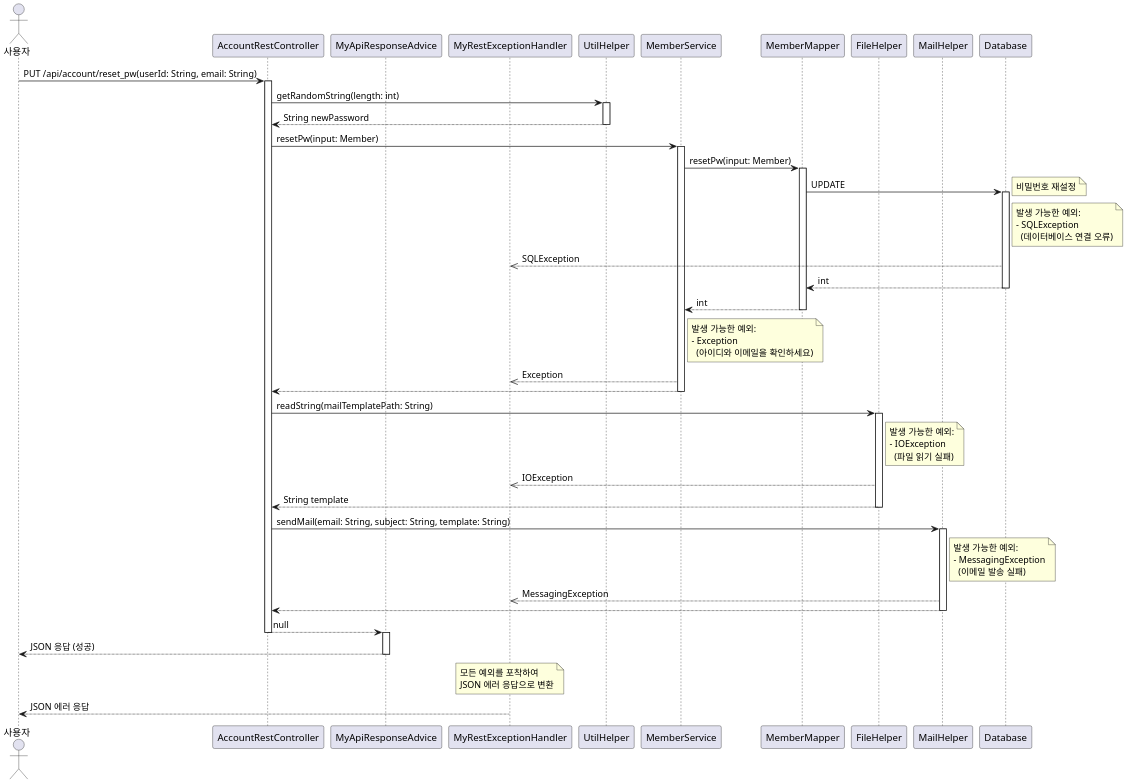
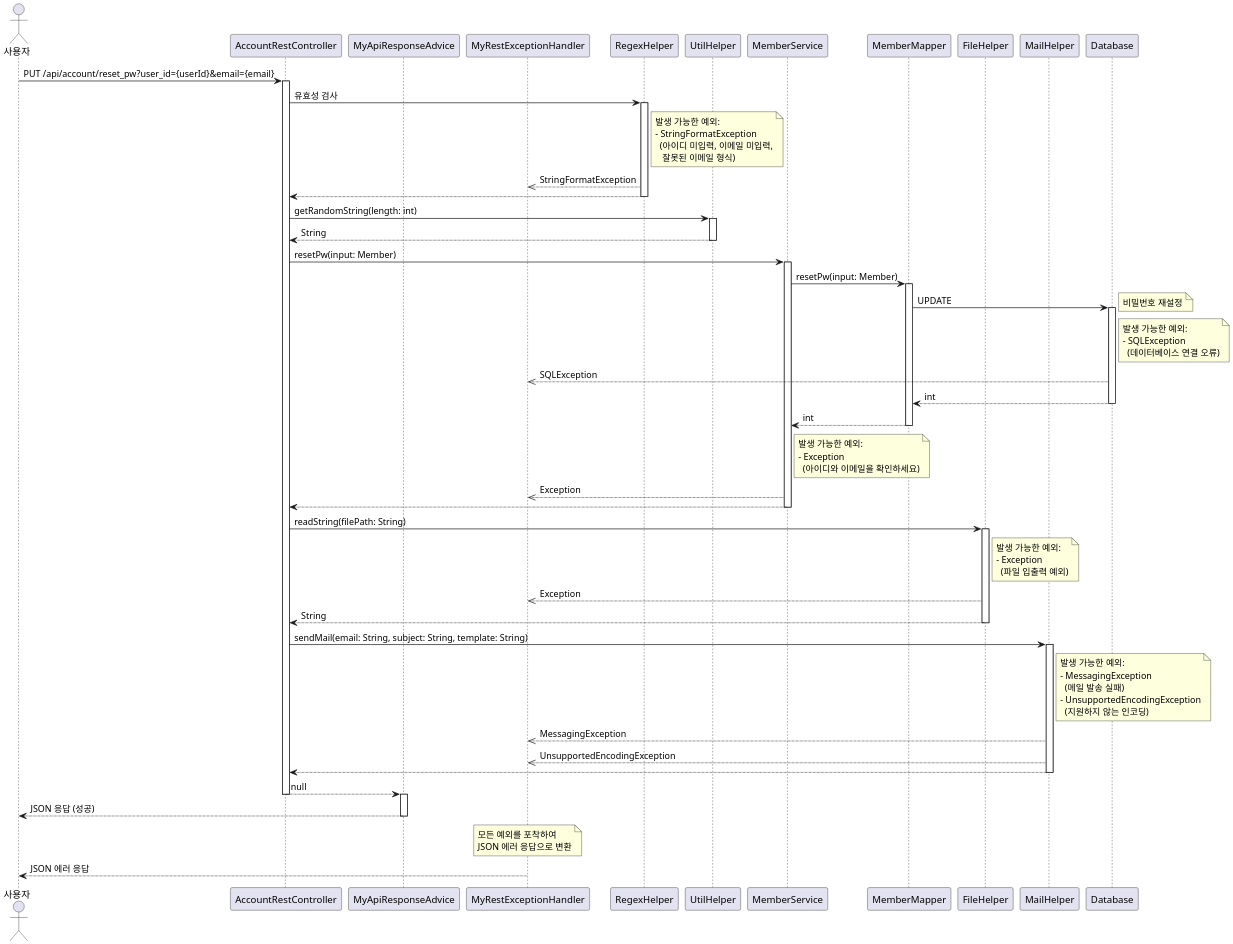
The diagram in uml/AccountRestController/resetPw_Sequence.puml (leekh4232/study-myshop), drawn with PlantUML before and after one commit. The commit also changed 49 other files, not shown here.

```diff
--- a/uml/AccountRestController/resetPw_Sequence.puml
+++ b/uml/AccountRestController/resetPw_Sequence.puml
@@ -1,64 +1,74 @@
 @startuml
 skinparam dpi 200
 
 actor Actor as "사용자"
 participant AccountRestController
 participant MyApiResponseAdvice
 participant MyRestExceptionHandler
+participant RegexHelper
 participant UtilHelper
 participant MemberService
 participant MemberMapper
 participant FileHelper
 participant MailHelper
 participant Database
 
-Actor -> AccountRestController: PUT /api/account/reset_pw(userId: String, email: String)
+Actor -> AccountRestController: PUT /api/account/reset_pw?user_id={userId}&email={email}
 activate AccountRestController
+' note right: @SessionCheckHelper(enable = false)
+
+AccountRestController -> RegexHelper: 유효성 검사
+activate RegexHelper
+note right of RegexHelper: 발생 가능한 예외:\n- StringFormatException\n  (아이디 미입력, 이메일 미입력,\n   잘못된 이메일 형식)
+RegexHelper -->> MyRestExceptionHandler: StringFormatException
+RegexHelper --> AccountRestController
+deactivate RegexHelper
 
 AccountRestController -> UtilHelper: getRandomString(length: int)
 activate UtilHelper
-UtilHelper --> AccountRestController: String newPassword
+UtilHelper --> AccountRestController: String
 deactivate UtilHelper
 
 AccountRestController -> MemberService: resetPw(input: Member)
 activate MemberService
 MemberService -> MemberMapper: resetPw(input: Member)
 activate MemberMapper
 MemberMapper -> Database: UPDATE
 activate Database
 note right: 비밀번호 재설정
 note right of Database: 발생 가능한 예외:\n- SQLException\n  (데이터베이스 연결 오류)
 Database -->> MyRestExceptionHandler: SQLException
 Database --> MemberMapper: int
 deactivate Database
 MemberMapper --> MemberService: int
 deactivate MemberMapper
 note right of MemberService: 발생 가능한 예외:\n- Exception\n  (아이디와 이메일을 확인하세요)
 MemberService -->> MyRestExceptionHandler: Exception
 MemberService --> AccountRestController
 deactivate MemberService
 
-AccountRestController -> FileHelper: readString(mailTemplatePath: String)
+AccountRestController -> FileHelper: readString(filePath: String)
 activate FileHelper
-note right of FileHelper: 발생 가능한 예외:\n- IOException\n  (파일 읽기 실패)
-FileHelper -->> MyRestExceptionHandler: IOException
-FileHelper --> AccountRestController: String template
+note right of FileHelper: 발생 가능한 예외:\n- Exception\n  (파일 입출력 예외)
+FileHelper -->> MyRestExceptionHandler: Exception
+FileHelper --> AccountRestController: String
 deactivate FileHelper
 
 AccountRestController -> MailHelper: sendMail(email: String, subject: String, template: String)
 activate MailHelper
-note right of MailHelper: 발생 가능한 예외:\n- MessagingException\n  (이메일 발송 실패)
+note right of MailHelper: 발생 가능한 예외:\n- MessagingException\n  (메일 발송 실패)\n- UnsupportedEncodingException\n  (지원하지 않는 인코딩)
 MailHelper -->> MyRestExceptionHandler: MessagingException
+MailHelper -->> MyRestExceptionHandler: UnsupportedEncodingException
 MailHelper --> AccountRestController
 deactivate MailHelper
 
 AccountRestController --> MyApiResponseAdvice: null
 deactivate AccountRestController
 activate MyApiResponseAdvice
 MyApiResponseAdvice --> Actor: JSON 응답 (성공)
 deactivate MyApiResponseAdvice
 
 note over MyRestExceptionHandler: 모든 예외를 포착하여\nJSON 에러 응답으로 변환
 MyRestExceptionHandler --> Actor: JSON 에러 응답
 
 @enduml
```
